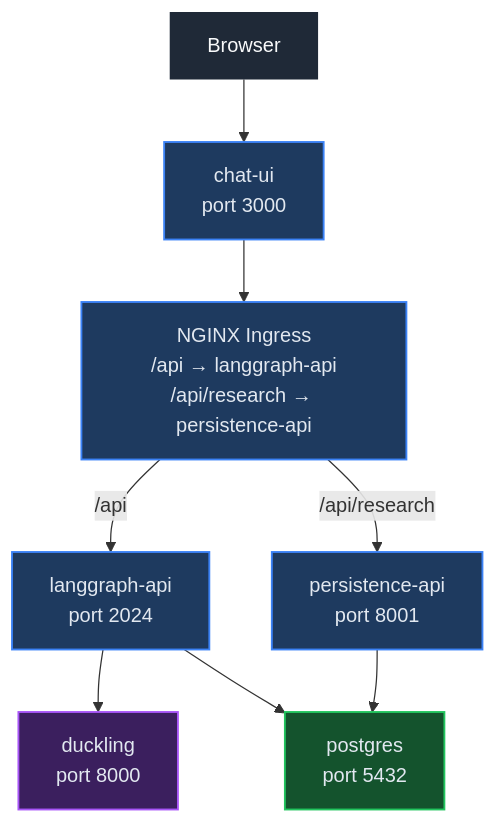
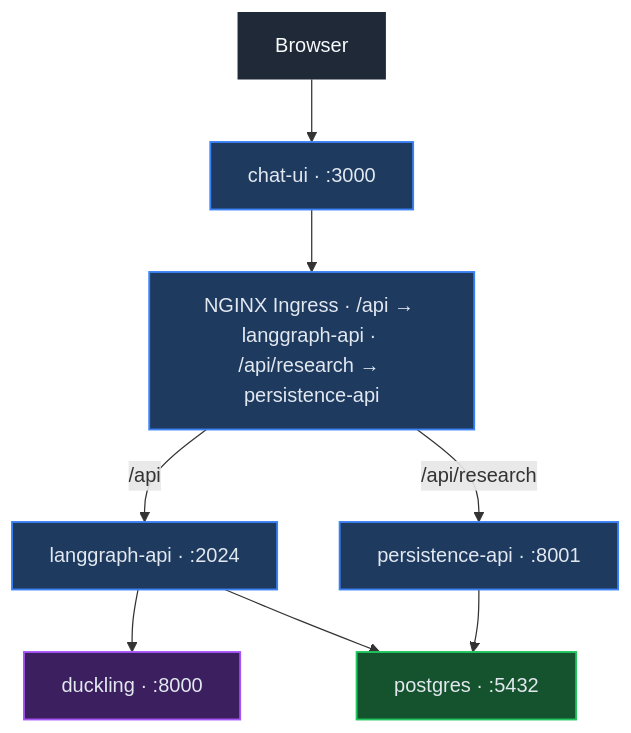
The first of 2 diagrams in README.md (chrzanowski000/research-agent-platform), drawn with Mermaid before and after one commit. The commit also changed other lines of this file, not shown here.

Commit message:
update graph

````diff
--- a/README.md
+++ b/README.md
@@ -11,30 +11,30 @@
 ```mermaid
 flowchart TD
     Browser["Browser"]
     Browser --> chat_ui
 
-    chat_ui["chat-ui<br/>port 3000"]
+    chat_ui["chat-ui · :3000"]
     chat_ui --> nginx
 
-    nginx["NGINX Ingress<br/>/api → langgraph-api<br/>/api/research → persistence-api"]
+    nginx["NGINX Ingress · /api → langgraph-api · /api/research → persistence-api"]
     nginx -->|/api| langgraph_api
     nginx -->|/api/research| persistence_api
 
-    langgraph_api["langgraph-api<br/>port 2024"]
-    persistence_api["persistence-api<br/>port 8001"]
+    langgraph_api["langgraph-api · :2024"]
+    persistence_api["persistence-api · :8001"]
 
     langgraph_api --> duckling
     langgraph_api --> postgres
     persistence_api --> postgres
 
-    duckling["duckling<br/>port 8000"]
-    postgres["postgres<br/>port 5432"]
+    duckling["duckling · :8000"]
+    postgres["postgres · :5432"]
 
     style Browser fill:#1f2937,color:#f9fafb,stroke:none
     style chat_ui fill:#1e3a5f,color:#e2e8f0,stroke:#3b82f6,stroke-width:1.5px
     style nginx fill:#1e3a5f,color:#e2e8f0,stroke:#3b82f6,stroke-width:1.5px
     style langgraph_api fill:#1e3a5f,color:#e2e8f0,stroke:#3b82f6,stroke-width:1.5px
     style persistence_api fill:#1e3a5f,color:#e2e8f0,stroke:#3b82f6,stroke-width:1.5px
     style duckling fill:#3b1f5e,color:#e2e8f0,stroke:#a855f7,stroke-width:1.5px
     style postgres fill:#14532d,color:#e2e8f0,stroke:#22c55e,stroke-width:1.5px
 ```
````
